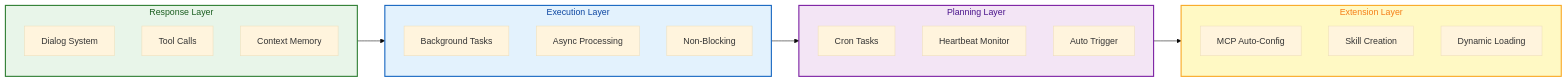
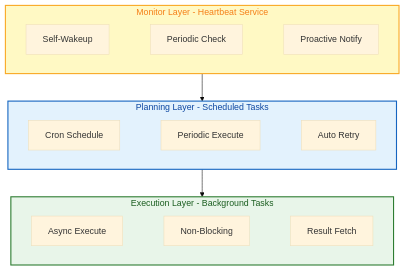
The seventh of 15 diagrams in docs/en-US/blog/finchbot-flexible-ai-agent-framework.md (zhangjingyuan177-hue/FinchBot), drawn with Mermaid (base theme) before and after one commit. The commit also changed other lines of this file and 4 other files, not shown here.

````diff
--- a/docs/en-US/blog/finchbot-flexible-ai-agent-framework.md
+++ b/docs/en-US/blog/finchbot-flexible-ai-agent-framework.md
@@ -791,33 +357,24 @@
 ```mermaid
-flowchart LR
-    subgraph L1["Response Layer"]
-        R1["Dialog System"]
-        R2["Tool Calls"]
-        R3["Context Memory"]
+flowchart TB
+    classDef layer1 fill:#e8f5e9,stroke:#2e7d32,stroke-width:2px,color:#1b5e20;
+    classDef layer2 fill:#e3f2fd,stroke:#1565c0,stroke-width:2px,color:#0d47a1;
+    classDef layer3 fill:#fff9c4,stroke:#f9a825,stroke-width:2px,color:#f57f17;
+
+    subgraph L3["Monitor Layer - Heartbeat Service"]
+        H1[Self-Wakeup] ~~~ H2[Periodic Check] ~~~ H3[Proactive Notify]
     end
 
-    subgraph L2["Execution Layer"]
-        X1["Background Tasks"]
-        X2["Async Processing"]
-        X3["Non-Blocking"]
+    subgraph L2["Planning Layer - Scheduled Tasks"]
+        C1[Cron Schedule] ~~~ C2[Periodic Execute] ~~~ C3[Auto Retry]
     end
 
-    subgraph L3["Planning Layer"]
-        P1["Cron Tasks"]
-        P2["Heartbeat Monitor"]
-        P3["Auto Trigger"]
+    subgraph L1["Execution Layer - Background Tasks"]
+        B1[Async Execute] ~~~ B2[Non-Blocking] ~~~ B3[Result Fetch]
     end
 
-    subgraph L4["Extension Layer"]
-        E1["MCP Auto-Config"]
-        E2["Skill Creation"]
-        E3["Dynamic Loading"]
-    end
-
-    L1 --> L2 --> L3 --> L4
+    L3 --> L2 --> L1
 
     style L1 fill:#e8f5e9,stroke:#2e7d32,stroke-width:2px,color:#1b5e20
     style L2 fill:#e3f2fd,stroke:#1565c0,stroke-width:2px,color:#0d47a1
-    style L3 fill:#f3e5f5,stroke:#7b1fa2,stroke-width:2px,color:#4a148c
-    style L4 fill:#fff9c4,stroke:#f9a825,stroke-width:2px,color:#f57f17
+    style L3 fill:#fff9c4,stroke:#f9a825,stroke-width:2px,color:#f57f17
 ```
````
